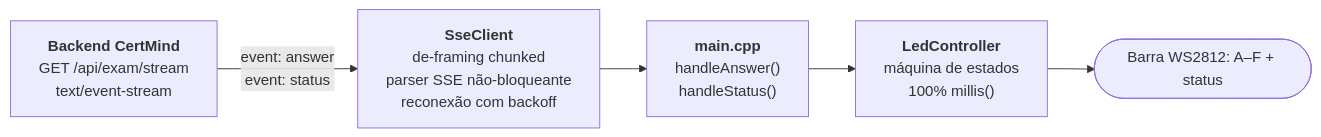
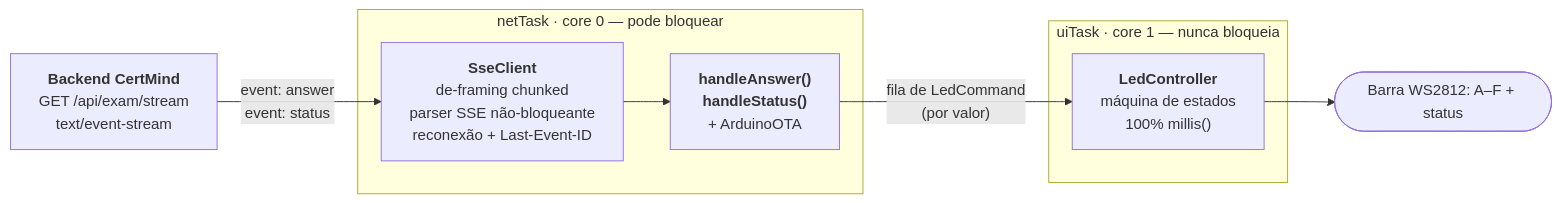
The diagram in README.md (proera/Esp8266_Cert_Assistant), drawn with Mermaid before and after one commit. The commit also changed other lines of this file, not shown here.

First line of the commit message:
Docs: Polir o README para a v3.5 — diagrama dual-core, ConfigStore e OTA

````diff
--- a/README.md
+++ b/README.md
@@ -51,13 +58,20 @@
 ```mermaid
 flowchart LR
     API["<b>Backend CertMind</b><br/>GET /api/exam/stream<br/>text/event-stream"]
-    SSE["<b>SseClient</b><br/>de-framing chunked<br/>parser SSE não-bloqueante<br/>reconexão com backoff"]
-    MAIN["<b>main.cpp</b><br/>handleAnswer()<br/>handleStatus()"]
-    LED["<b>LedController</b><br/>máquina de estados<br/>100% millis()"]
+
+    subgraph core0 ["netTask · core 0 — pode bloquear"]
+        SSE["<b>SseClient</b><br/>de-framing chunked<br/>parser SSE não-bloqueante<br/>reconexão + Last-Event-ID"]
+        MAIN["<b>handleAnswer()</b><br/><b>handleStatus()</b><br/>+ ArduinoOTA"]
+    end
+
+    subgraph core1 ["uiTask · core 1 — nunca bloqueia"]
+        LED["<b>LedController</b><br/>máquina de estados<br/>100% millis()"]
+    end
+
     OUT(["Barra WS2812: A–F + status"])
 
     API -->|"event: answer<br/>event: status"| SSE
     SSE --> MAIN
-    MAIN --> LED
+    MAIN -->|"fila de LedCommand<br/>(por valor)"| LED
     LED --> OUT
 ```
````
